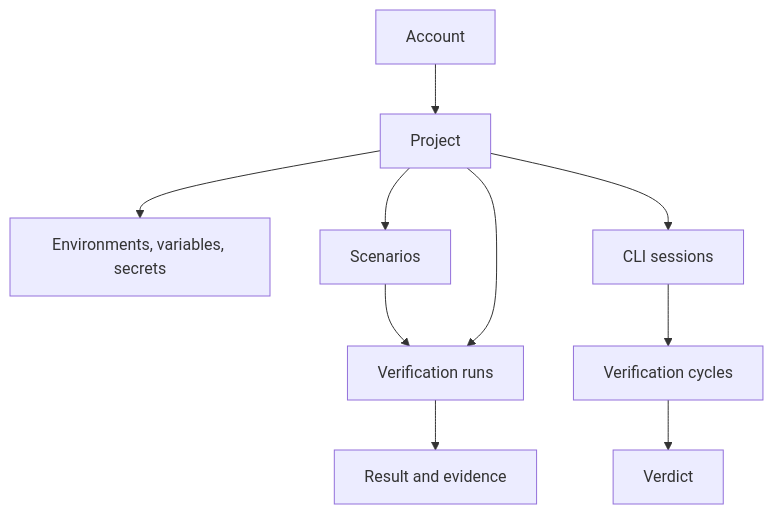
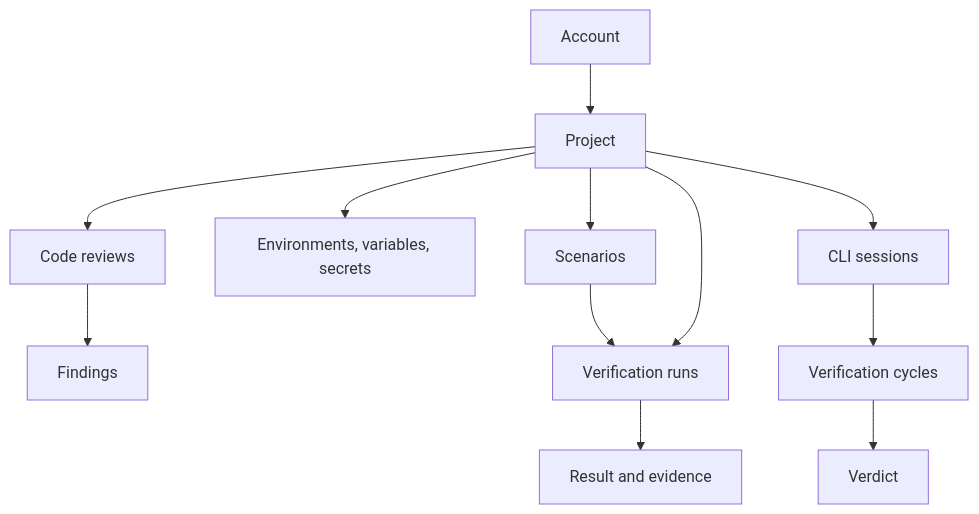
Before and after one commit to ironbee-ai/ironbee-docs: the diagram in getting-started/key-concepts.mdx, drawn with Mermaid. The commit also changed other lines of this file and 168 other files, not shown here.

````diff
--- a/getting-started/key-concepts.mdx
+++ b/getting-started/key-concepts.mdx
@@ -10,12 +11,14 @@
 ```mermaid actions={false}
 flowchart TD
     A[Account] --> P[Project]
+    P --> CR[Code reviews]
+    CR --> F[Findings]
     P --> E[Environments, variables, secrets]
     P --> SC[Scenarios]
     SC --> R
     P --> R[Verification runs]
     R --> V[Result and evidence]
     P --> S[CLI sessions]
     S --> C[Verification cycles]
     C --> D[Verdict]
 ```
````
